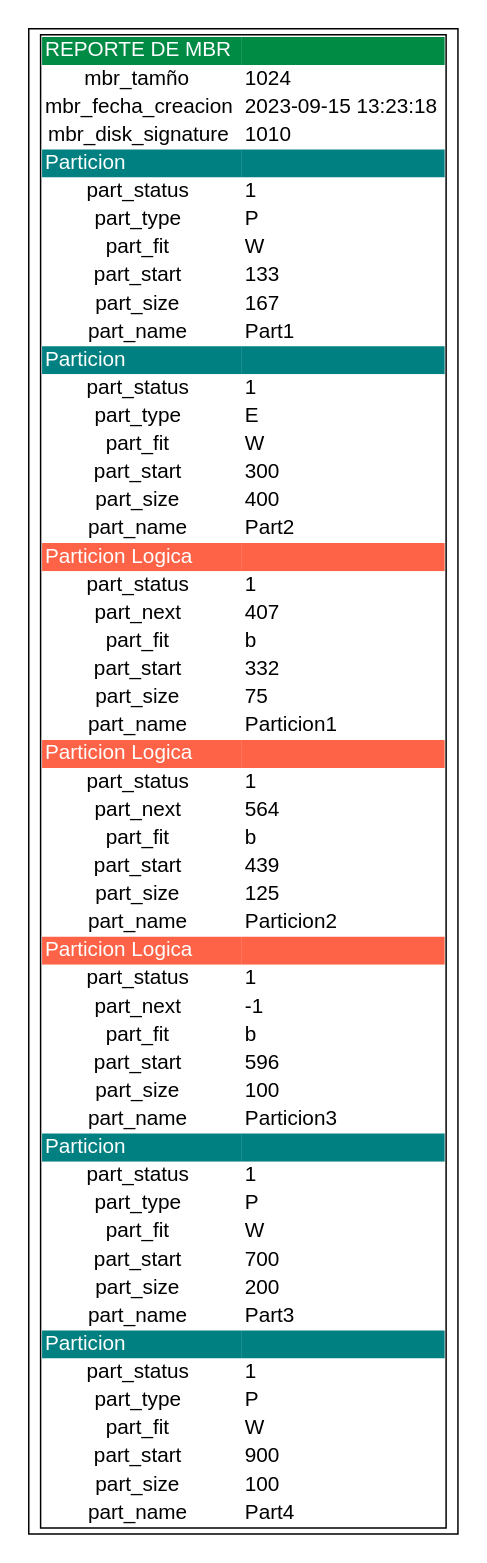
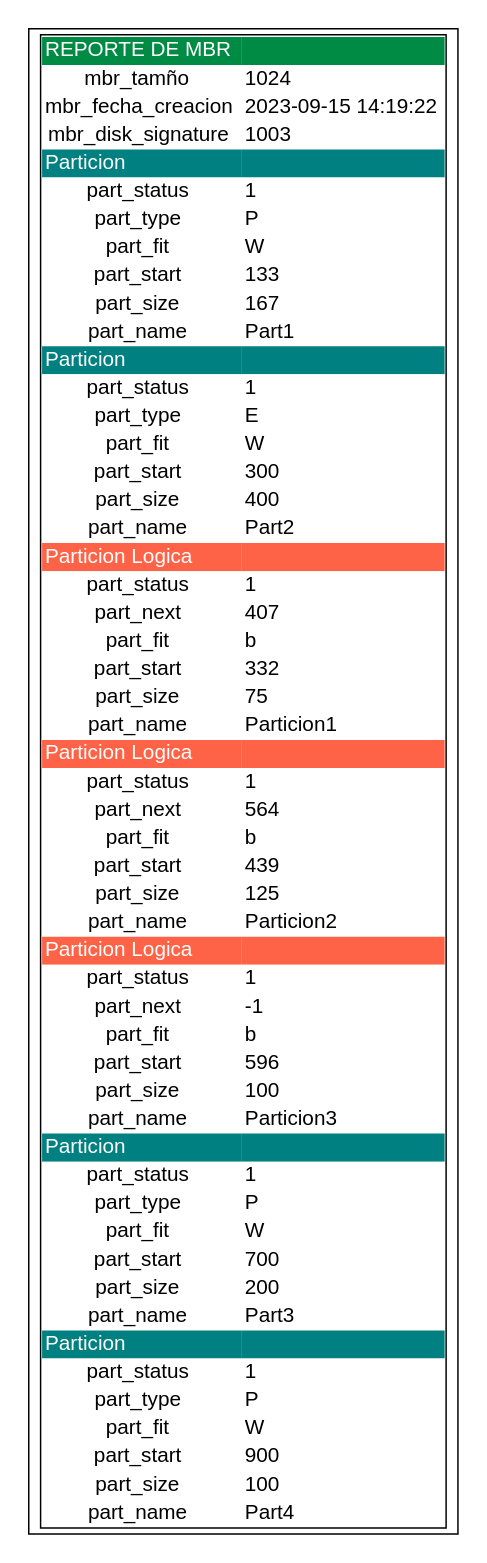
The diagram in reportes/reporte_mbr.dot (luis-tavico/MIA_2SP1_202000562), drawn with Graphviz before and after one commit. The commit also changed 7 other files, not shown here.

```diff
--- a/reportes/reporte_mbr.dot
+++ b/reportes/reporte_mbr.dot
@@ -12,11 +12,11 @@
         </tr>
         <tr>
             <td bgcolor="white" align="center"> mbr_fecha_creacion </td>
-            <td bgcolor="white" align="left"> 2023-09-15 13:23:18 </td>
+            <td bgcolor="white" align="left"> 2023-09-15 14:19:22 </td>
         </tr>
         <tr>
             <td bgcolor="white" align="center"> mbr_disk_signature </td>
-            <td bgcolor="white" align="left"> 1010 </td>
+            <td bgcolor="white" align="left"> 1003 </td>
         </tr>
         <tr>
             <td bgcolor="teal" align="left"><font color="white"> Particion </font></td>
```
